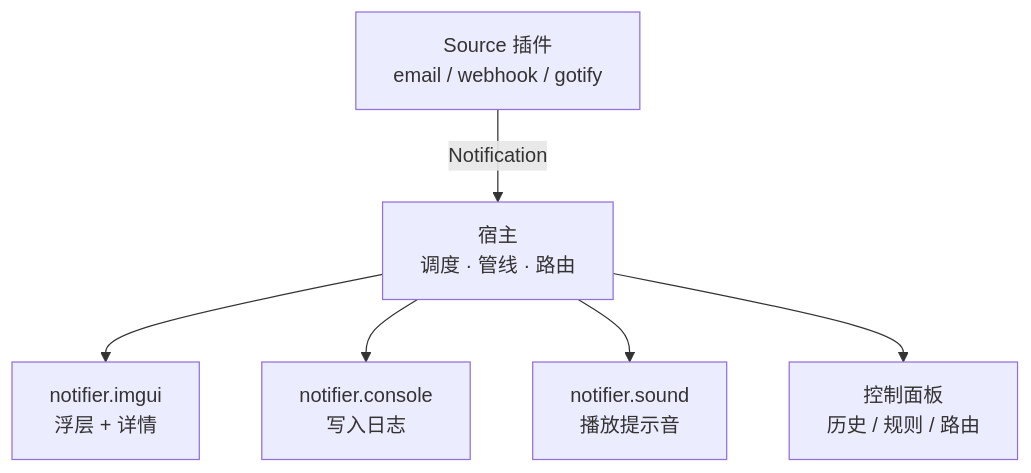
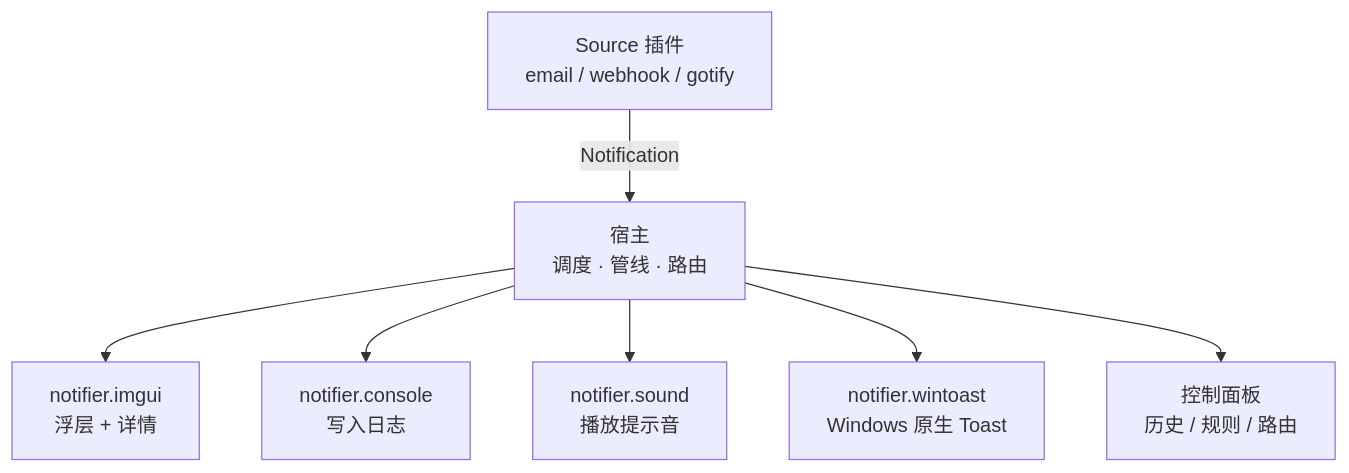
Before and after one commit to Westrmon/SimpleMesssage: the diagram in README.md, drawn with Mermaid. The commit also changed other lines of this file and 32 other files, not shown here.

````diff
--- a/README.md
+++ b/README.md
@@ -71,8 +71,9 @@
 ```mermaid
 graph TD
     S[Source 插件<br/>email / webhook / gotify] -->|Notification| H[宿主<br/>调度 · 管线 · 路由]
     H --> N1[notifier.imgui<br/>浮层 + 详情]
     H --> N2[notifier.console<br/>写入日志]
     H --> N3[notifier.sound<br/>播放提示音]
+    H --> N4[notifier.wintoast<br/>Windows 原生 Toast]
     H --> P[控制面板<br/>历史 / 规则 / 路由]
 ```
````
